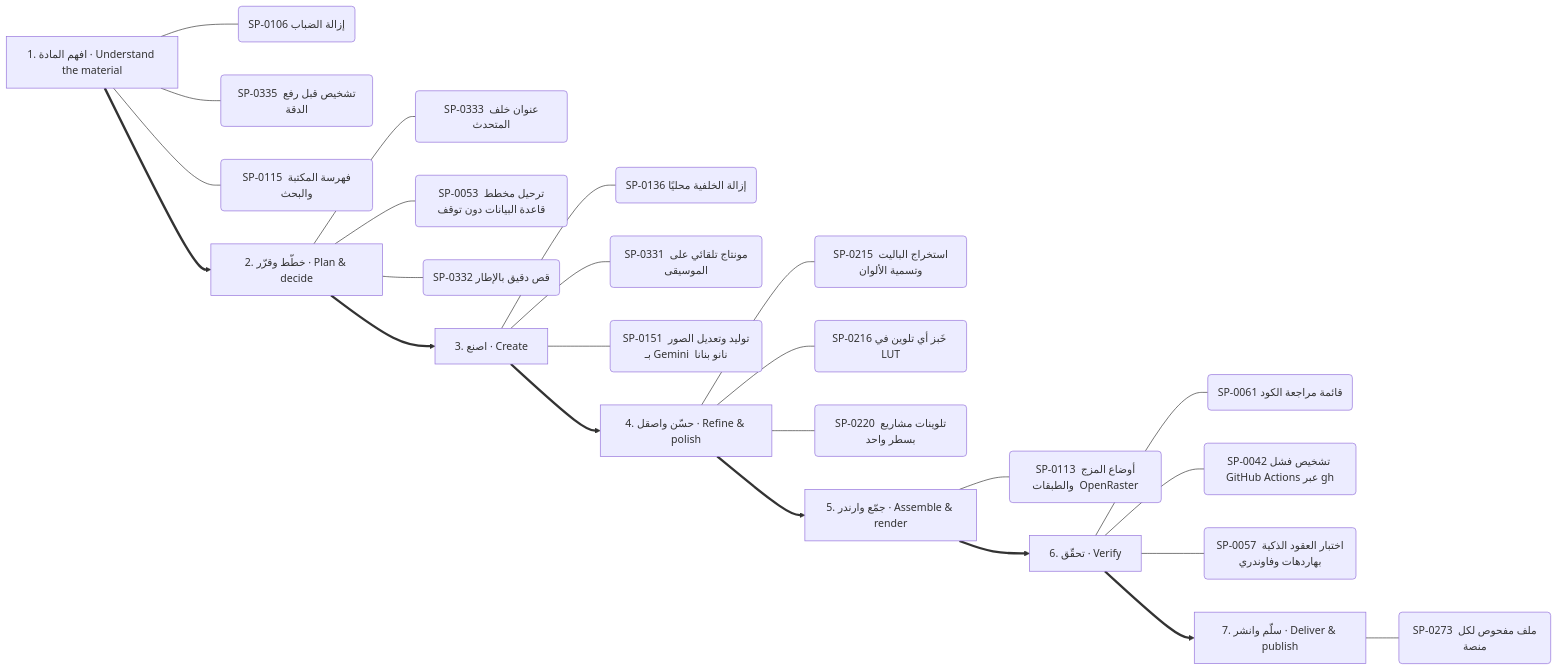
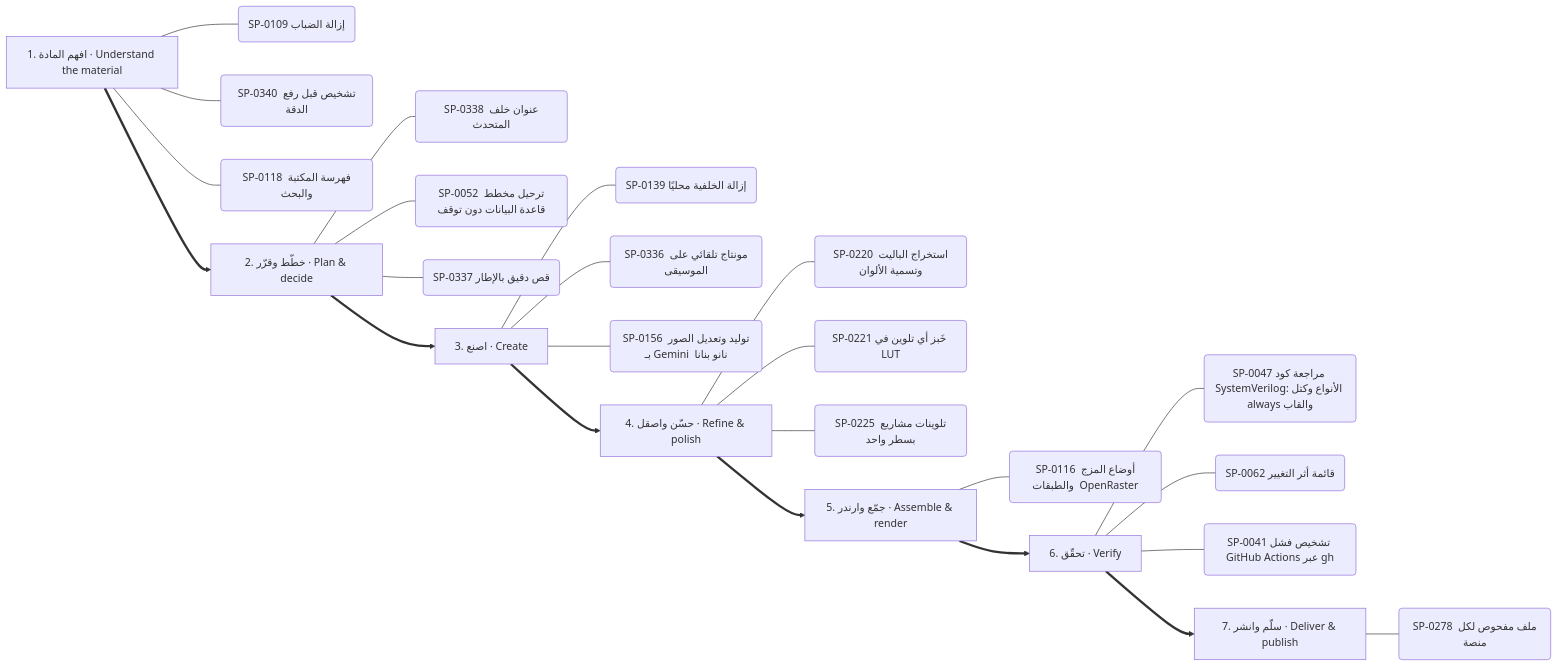
One commit to kosif199022-jpg/kosif-tool changed the seventh of 13 diagrams in .claude/skills/kosif-superpowers/references/capability-mindmap.md. Above: the diagram before and after it, drawn with Mermaid. The commit also changed other lines of this file and 376 other files, not shown here.

````diff
--- a/.claude/skills/kosif-superpowers/references/capability-mindmap.md
+++ b/.claude/skills/kosif-superpowers/references/capability-mindmap.md
@@ -361,33 +365,33 @@
 ```mermaid
 flowchart LR
   S0["1. افهم المادة · Understand the material"]
-  S0 --- S0_0("SP-0106 إزالة الضباب")
-  S0 --- S0_1("SP-0335 تشخيص قبل رفع الدقة")
-  S0 --- S0_2("SP-0115 فهرسة المكتبة والبحث")
+  S0 --- S0_0("SP-0109 إزالة الضباب")
+  S0 --- S0_1("SP-0340 تشخيص قبل رفع الدقة")
+  S0 --- S0_2("SP-0118 فهرسة المكتبة والبحث")
   S1["2. خطّط وقرّر · Plan & decide"]
-  S1 --- S1_0("SP-0333 عنوان خلف المتحدث")
-  S1 --- S1_1("SP-0053 ترحيل مخطط قاعدة البيانات دون توقف")
-  S1 --- S1_2("SP-0332 قص دقيق بالإطار")
+  S1 --- S1_0("SP-0338 عنوان خلف المتحدث")
+  S1 --- S1_1("SP-0052 ترحيل مخطط قاعدة البيانات دون توقف")
+  S1 --- S1_2("SP-0337 قص دقيق بالإطار")
   S0 ==> S1
   S2["3. اصنع · Create"]
-  S2 --- S2_0("SP-0136 إزالة الخلفية محليًا")
-  S2 --- S2_1("SP-0331 مونتاج تلقائي على الموسيقى")
-  S2 --- S2_2("SP-0151 توليد وتعديل الصور بـ Gemini  نانو بنانا ")
+  S2 --- S2_0("SP-0139 إزالة الخلفية محليًا")
+  S2 --- S2_1("SP-0336 مونتاج تلقائي على الموسيقى")
+  S2 --- S2_2("SP-0156 توليد وتعديل الصور بـ Gemini  نانو بنانا ")
   S1 ==> S2
   S3["4. حسّن واصقل · Refine & polish"]
-  S3 --- S3_0("SP-0215 استخراج الباليت وتسمية الألوان")
-  S3 --- S3_1("SP-0216 خَبز أي تلوين في LUT")
-  S3 --- S3_2("SP-0220 تلوينات مشاريع بسطر واحد")
+  S3 --- S3_0("SP-0220 استخراج الباليت وتسمية الألوان")
+  S3 --- S3_1("SP-0221 خَبز أي تلوين في LUT")
+  S3 --- S3_2("SP-0225 تلوينات مشاريع بسطر واحد")
   S2 ==> S3
   S4["5. جمّع وارندر · Assemble & render"]
-  S4 --- S4_0("SP-0113 أوضاع المزج والطبقات  OpenRaster ")
+  S4 --- S4_0("SP-0116 أوضاع المزج والطبقات  OpenRaster ")
   S3 ==> S4
   S5["6. تحقّق · Verify"]
-  S5 --- S5_0("SP-0061 قائمة مراجعة الكود")
-  S5 --- S5_1("SP-0042 تشخيص فشل GitHub Actions عبر gh")
-  S5 --- S5_2("SP-0057 اختبار العقود الذكية بهاردهات وفاوندري")
+  S5 --- S5_0("SP-0047 مراجعة كود SystemVerilog: الأنواع وكتل always والقاب")
+  S5 --- S5_1("SP-0062 قائمة أثر التغيير")
+  S5 --- S5_2("SP-0041 تشخيص فشل GitHub Actions عبر gh")
   S4 ==> S5
   S6["7. سلّم وانشر · Deliver & publish"]
-  S6 --- S6_0("SP-0273 ملف مفحوص لكل منصة")
+  S6 --- S6_0("SP-0278 ملف مفحوص لكل منصة")
   S5 ==> S6
 ```
````
